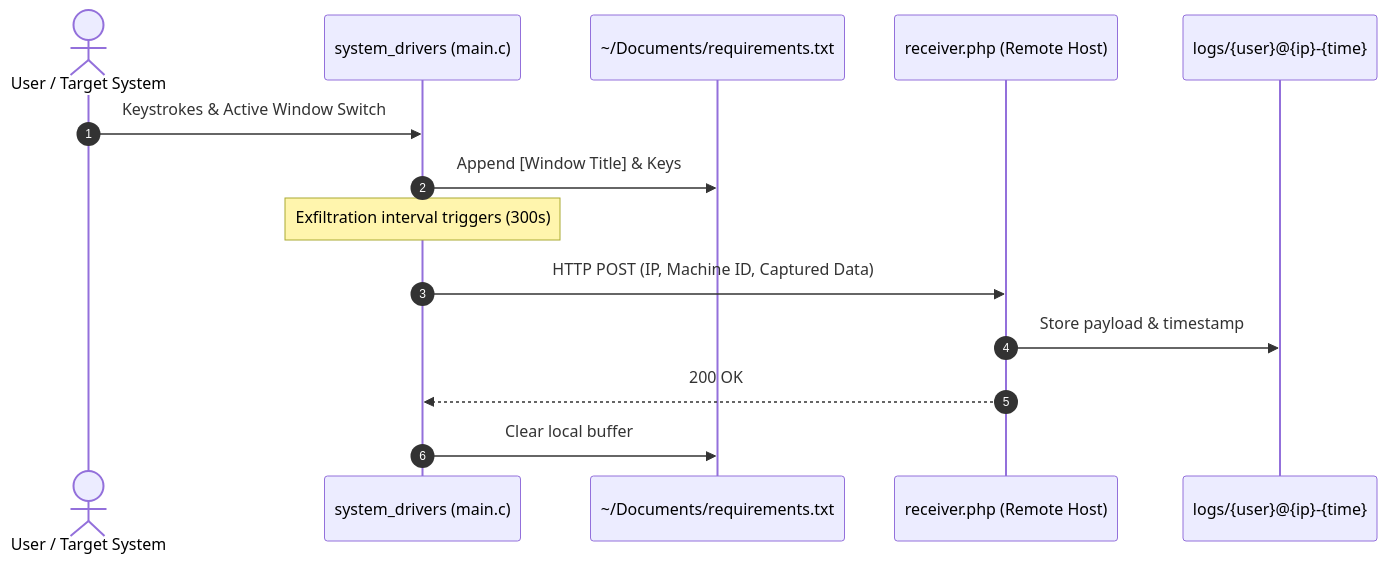
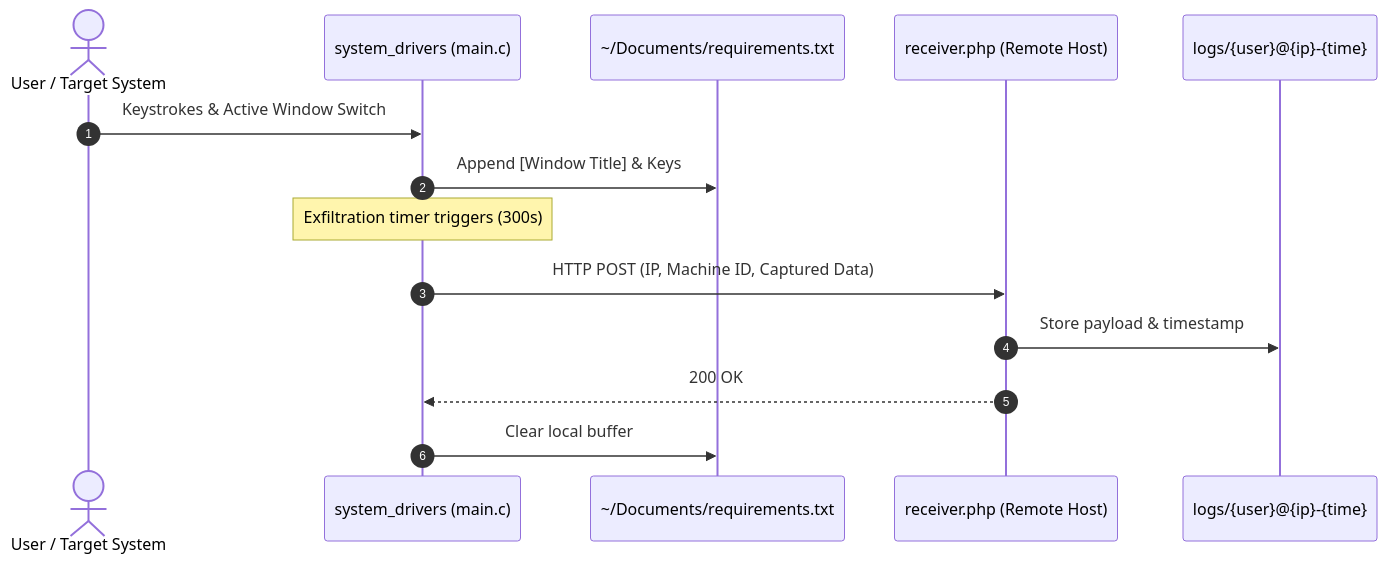
One commit to kersonik/keyloggers changed the diagram in keylogger-linux/README.md. Above: the diagram before and after it, drawn with Mermaid. The commit also changed other lines of this file and 2 other files, not shown here.

````diff
--- a/keylogger-linux/README.md
+++ b/keylogger-linux/README.md
@@ -21,17 +9,17 @@
 ```mermaid
 sequenceDiagram
     autonumber
     actor Target as User / Target System
     participant Client as system_drivers (main.c)
     participant Local as ~/Documents/requirements.txt
     participant Server as receiver.php (Remote Host)
     participant Logs as logs/{user}@{ip}-{time}
 
     Target->>Client: Keystrokes & Active Window Switch
     Client->>Local: Append [Window Title] & Keys
-    Note over Client: Exfiltration interval triggers (300s)
+    Note over Client: Exfiltration timer triggers (300s)
     Client->>Server: HTTP POST (IP, Machine ID, Captured Data)
     Server->>Logs: Store payload & timestamp
     Server-->>Client: 200 OK
     Client->>Local: Clear local buffer
 ```
````
